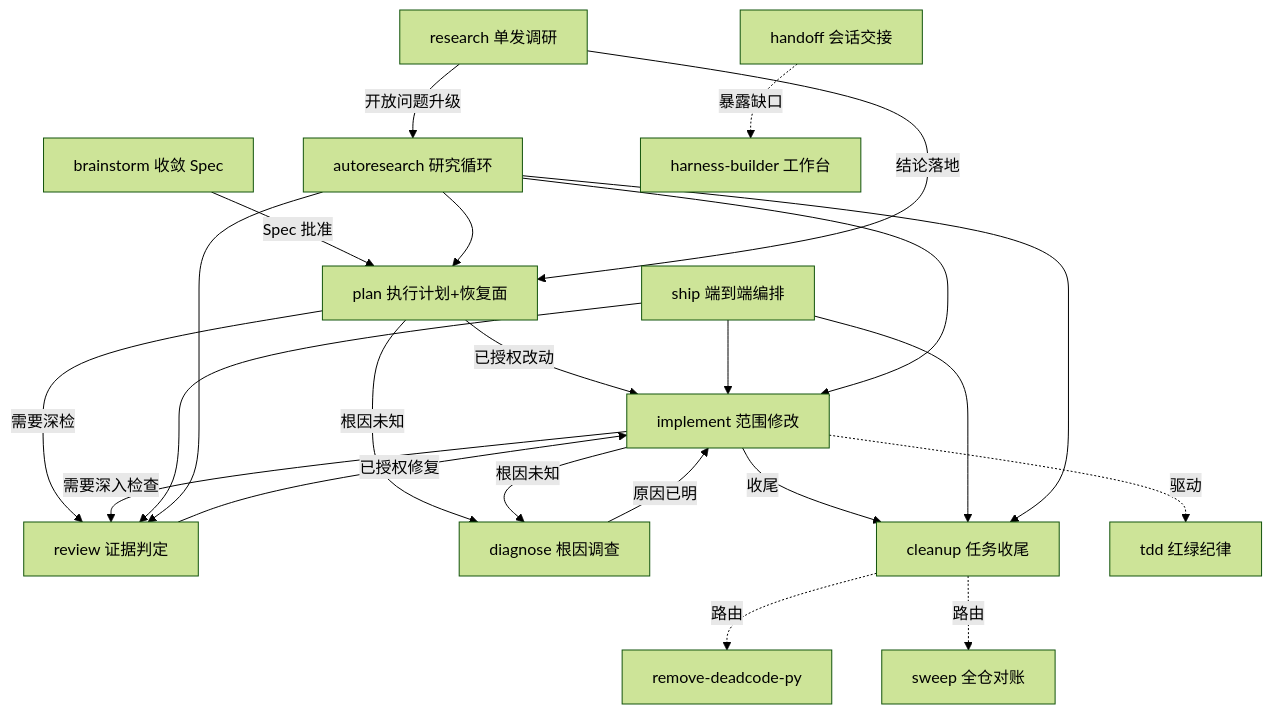
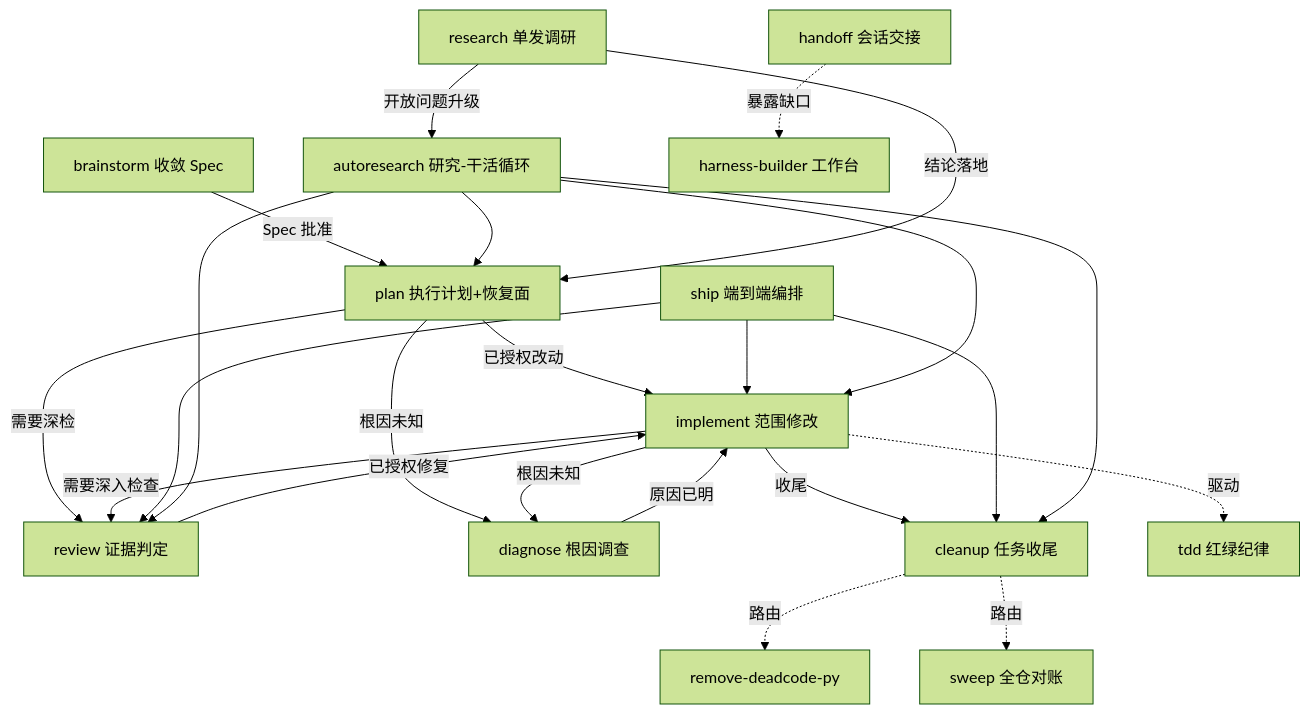
Before and after one commit to YSAA1/harness-workflow: the diagram in README.zh-CN.md, drawn with Mermaid (forest theme). The commit also changed other lines of this file and 14 other files, not shown here.

````diff
--- a/README.zh-CN.md
+++ b/README.zh-CN.md
@@ -45,25 +45,25 @@
 ```mermaid
 graph TD
     brainstorm["brainstorm 收敛 Spec"] -->|"Spec 批准"| plan["plan 执行计划+恢复面"]
     plan -->|"已授权改动"| implement["implement 范围修改"]
     plan -->|"需要深检"| review["review 证据判定"]
     plan -->|"根因未知"| diagnose["diagnose 根因调查"]
     implement -->|"需要深入检查"| review
     review -->|"已授权修复"| implement
     implement -->|"根因未知"| diagnose
     diagnose -->|"原因已明"| implement
     implement -->|"收尾"| cleanup["cleanup 任务收尾"]
     ship["ship 端到端编排"] --> implement
     ship --> review
     ship --> cleanup
-    autoresearch["autoresearch 研究循环"] --> plan
+    autoresearch["autoresearch 研究-干活循环"] --> plan
     autoresearch --> implement
     autoresearch --> review
     autoresearch --> cleanup
     implement -.->|"驱动"| tdd["tdd 红绿纪律"]
     cleanup -.->|"路由"| rdp["remove-deadcode-py"]
     cleanup -.->|"路由"| sw["sweep 全仓对账"]
     research["research 单发调研"] -->|"开放问题升级"| autoresearch
     research -->|"结论落地"| plan
     handoff["handoff 会话交接"] -.->|"暴露缺口"| hb["harness-builder 工作台"]
 ```
````
